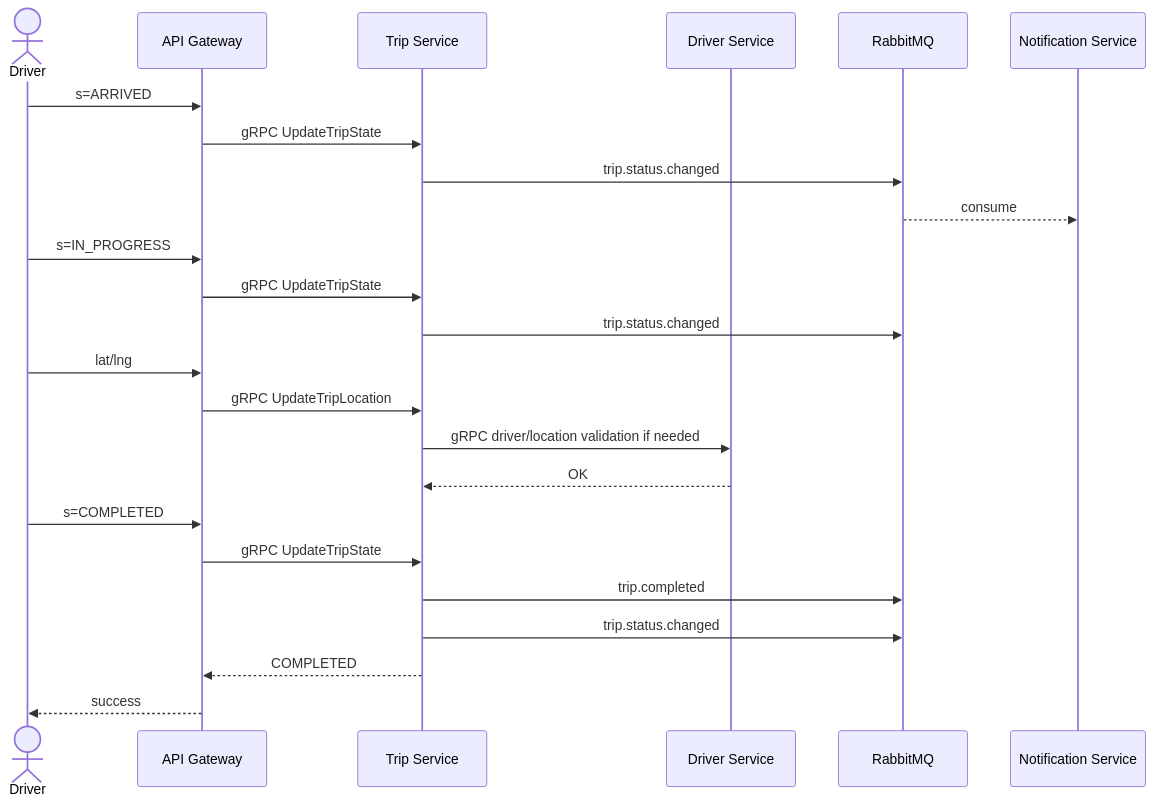
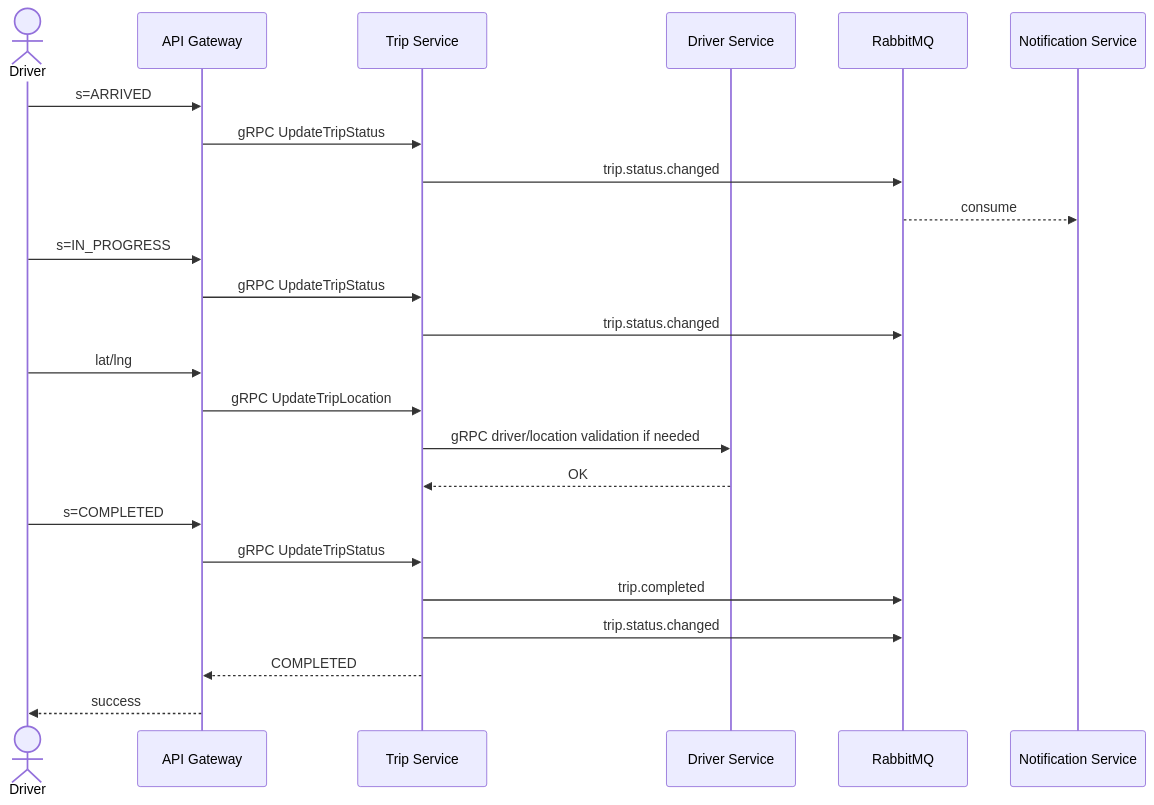
Before and after one commit to kanztran2605/23646731_TranQuocKhang_Cabsystem: the tenth of 21 diagrams in docs/requirements/SRS.md, drawn with Mermaid. The commit also changed other lines of this file and 187 other files, not shown here.

Commit message:
feat: complete CAB microservice architecture MVP

````diff
--- a/docs/requirements/SRS.md
+++ b/docs/requirements/SRS.md
@@ -596,30 +601,30 @@
 ```mermaid
 sequenceDiagram
     actor D as Driver
     participant G as API Gateway
     participant T as Trip Service
     participant DS as Driver Service
     participant MQ as RabbitMQ
     participant N as Notification Service
 
     D->>G: s=ARRIVED
-    G->>T: gRPC UpdateTripState
+    G->>T: gRPC UpdateTripStatus
     T->>MQ: trip.status.changed
     MQ-->>N: consume
 
     D->>G: s=IN_PROGRESS
-    G->>T: gRPC UpdateTripState
+    G->>T: gRPC UpdateTripStatus
     T->>MQ: trip.status.changed
 
     D->>G: lat/lng
     G->>T: gRPC UpdateTripLocation
     T->>DS: gRPC driver/location validation if needed
     DS-->>T: OK
 
     D->>G: s=COMPLETED
-    G->>T: gRPC UpdateTripState
+    G->>T: gRPC UpdateTripStatus
     T->>MQ: trip.completed
     T->>MQ: trip.status.changed
     T-->>G: COMPLETED
     G-->>D: success
 ```
````
